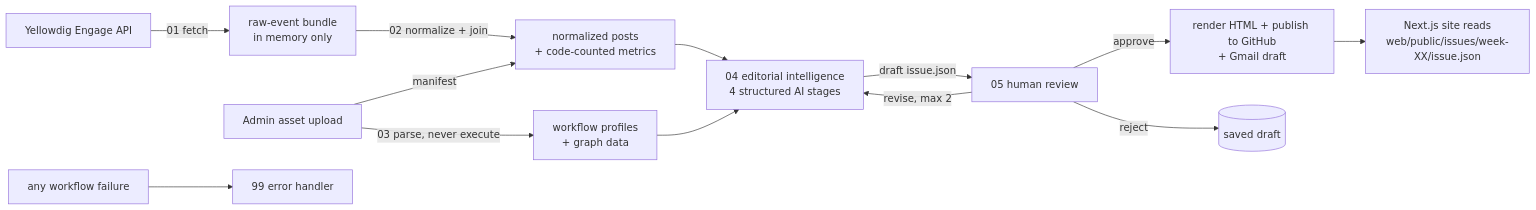
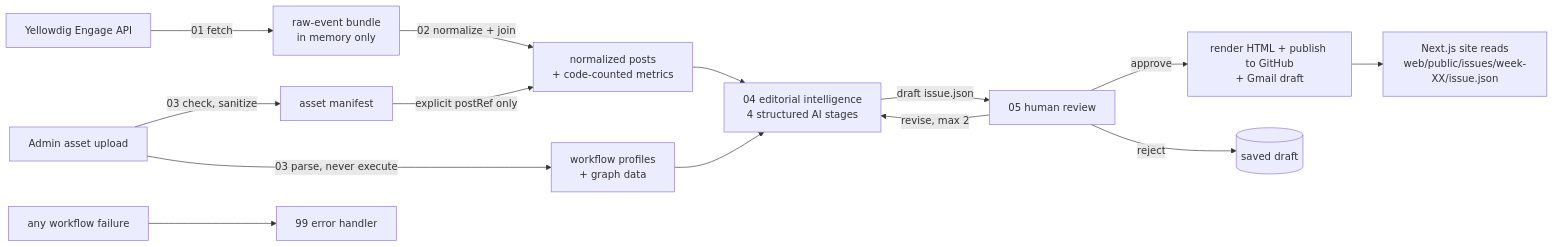
The first of 3 diagrams in docs/architecture.md (Rithikroyt/CIS-515-Weekly-Yellowdig-Posts-Newsletter), drawn with Mermaid before and after one commit. The commit also changed other lines of this file and 76 other files, not shown here.

````diff
--- a/docs/architecture.md
+++ b/docs/architecture.md
@@ -22,15 +22,16 @@
 ```mermaid
 flowchart LR
   YD[Yellowdig Engage API] -->|01 fetch| RAW[raw-event bundle<br/>in memory only]
-  UP[Admin asset upload] -->|manifest| NORM
+  UP[Admin asset upload] -->|03 check, sanitize| MAN[asset manifest]
+  MAN -->|explicit postRef only| NORM
   RAW -->|02 normalize + join| NORM[normalized posts<br/>+ code-counted metrics]
   UP -->|03 parse, never execute| PROF[workflow profiles<br/>+ graph data]
   NORM --> ED[04 editorial intelligence<br/>4 structured AI stages]
   PROF --> ED
   ED -->|draft issue.json| REV[05 human review]
   REV -->|approve| PUB[render HTML + publish to GitHub<br/>+ Gmail draft]
   REV -->|revise, max 2| ED
   REV -->|reject| DRAFT[(saved draft)]
   PUB --> WEB[Next.js site reads<br/>web/public/issues/week-XX/issue.json]
   ANY[any workflow failure] --> ERR[99 error handler]
 ```
````
